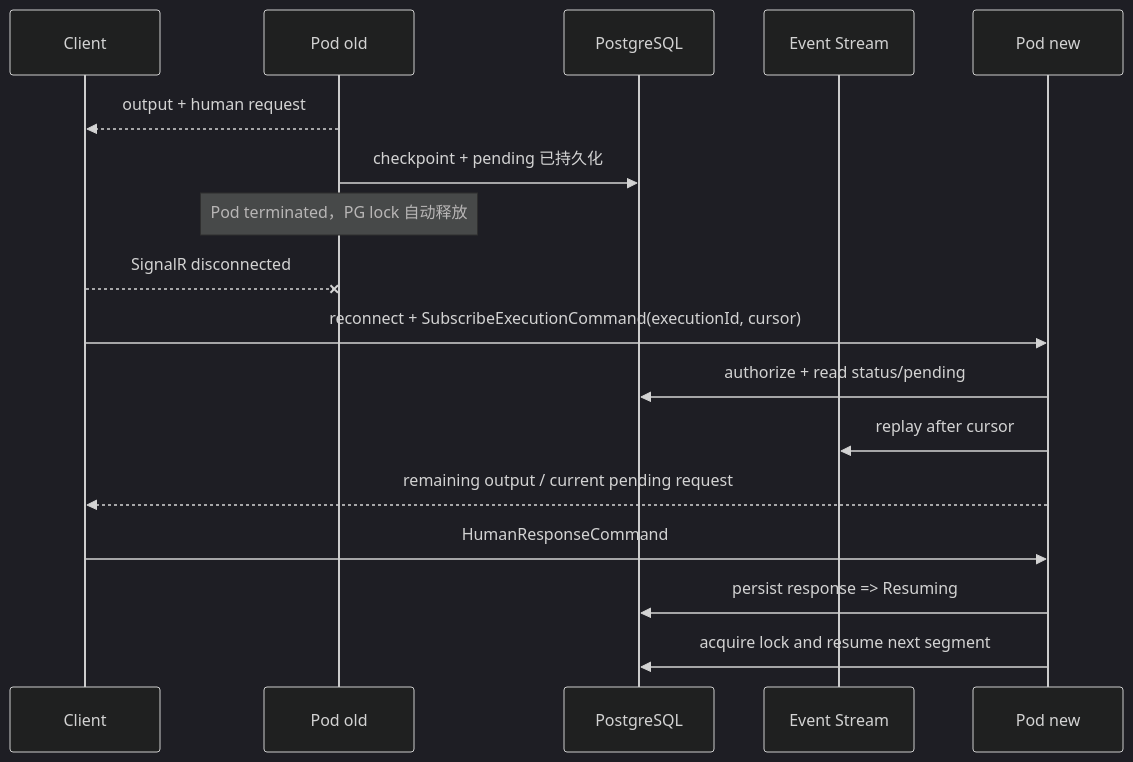
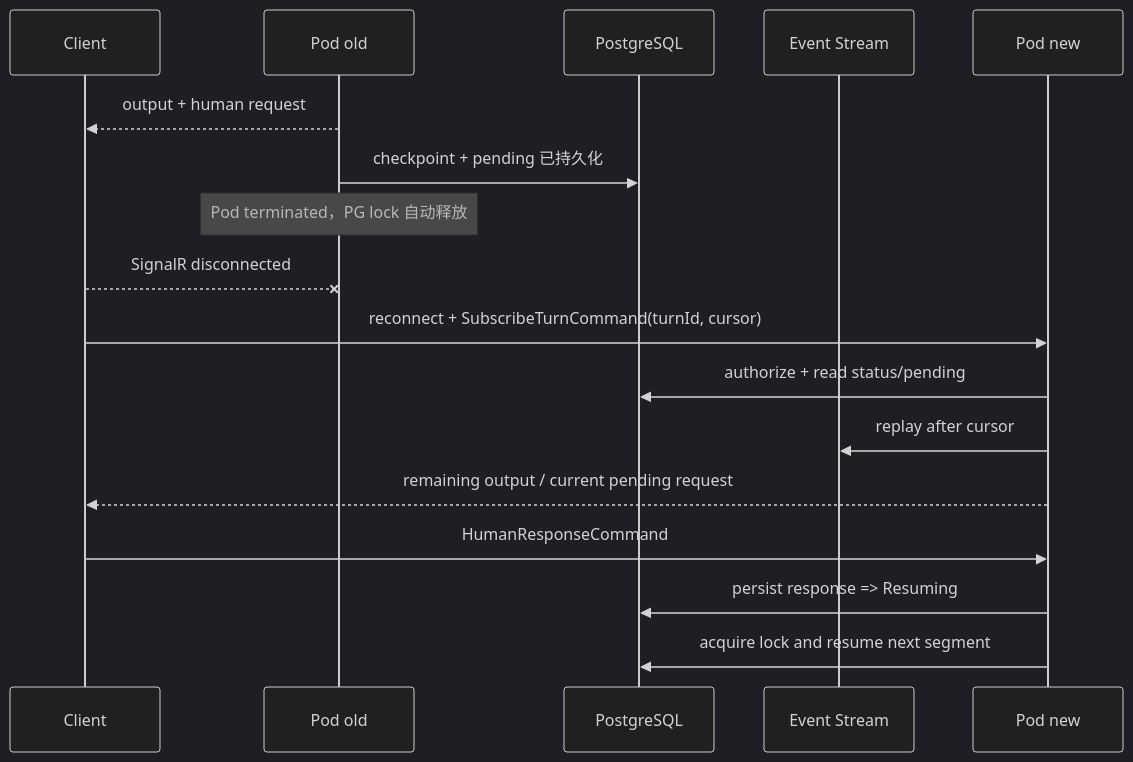
Before and after one commit to zxyao145/agw: the sixth of 7 diagrams in src/server/Agw.Agents.Execution/README.md, drawn with Mermaid (dark theme). The commit also changed other lines of this file and 123 other files, not shown here.

First line of the commit message:
feat(execution): use turnId throughout turn handling

````diff
--- a/src/server/Agw.Agents.Execution/README.md
+++ b/src/server/Agw.Agents.Execution/README.md
@@ -662,20 +662,20 @@
 ```mermaid
 sequenceDiagram
     participant C as Client
     participant Old as Pod old
     participant PG as PostgreSQL
     participant Stream as Event Stream
     participant New as Pod new
 
     Old-->>C: output + human request
     Old->>PG: checkpoint + pending 已持久化
     Note over Old: Pod terminated，PG lock 自动释放
     C--xOld: SignalR disconnected
-    C->>New: reconnect + SubscribeExecutionCommand(executionId, cursor)
+    C->>New: reconnect + SubscribeTurnCommand(turnId, cursor)
     New->>PG: authorize + read status/pending
     New->>Stream: replay after cursor
     New-->>C: remaining output / current pending request
     C->>New: HumanResponseCommand
     New->>PG: persist response => Resuming
     New->>PG: acquire lock and resume next segment
 ```
````
